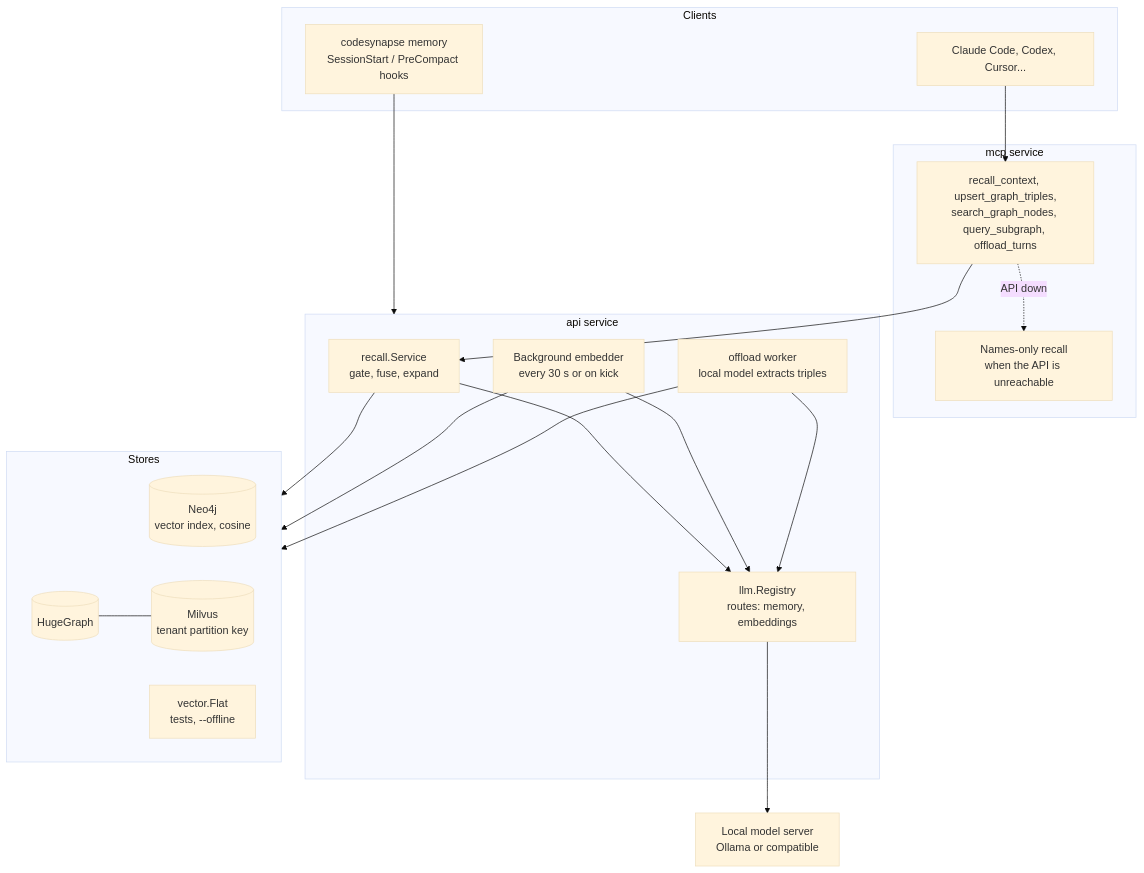
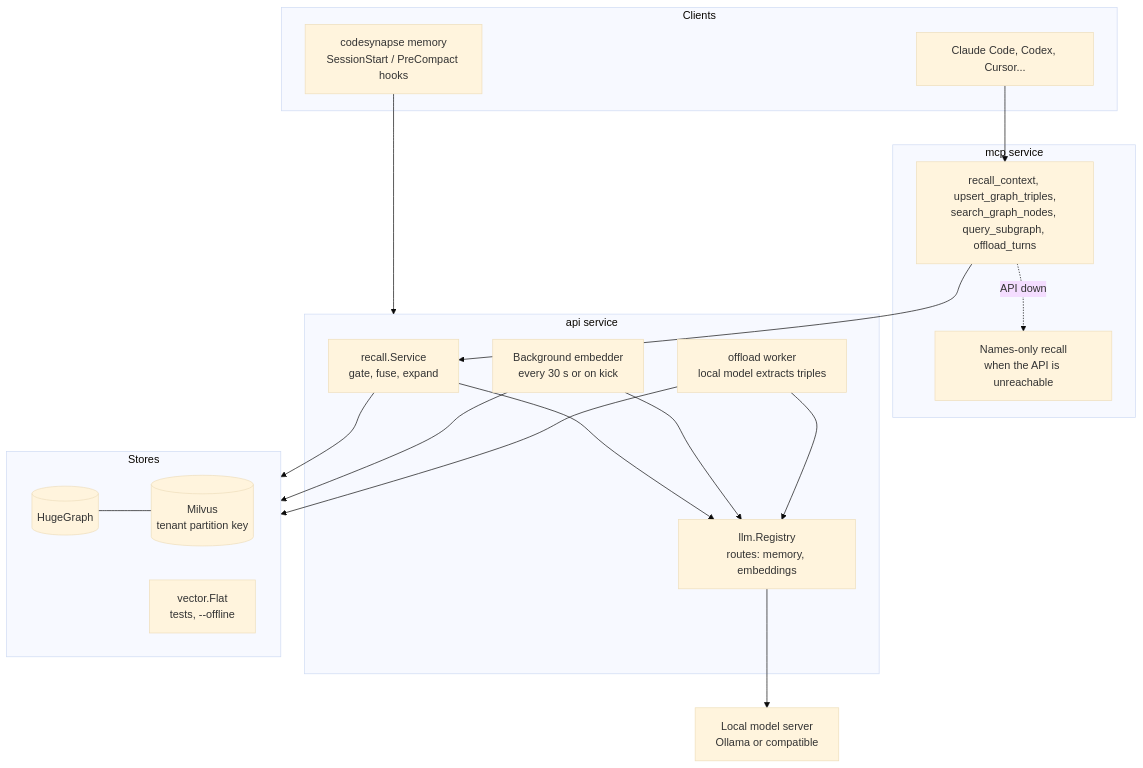
Before and after one commit to astrona-io/codesynapse: the second of 5 diagrams in docs/architecture/retrieval-memory.md, drawn with Mermaid (base theme). The commit also changed other lines of this file and 53 other files, not shown here.

First line of the commit message:
refactor: remove Neo4j; HugeGraph with Milvus is the only graph database

````diff
--- a/docs/architecture/retrieval-memory.md
+++ b/docs/architecture/retrieval-memory.md
@@ -49,37 +49,36 @@
 ```mermaid
 flowchart TB
     subgraph clients[Clients]
         cc[Claude Code, Codex, Cursor...]
         hooks[codesynapse memory<br/>SessionStart / PreCompact hooks]
     end
     subgraph mcp[mcp service]
         tools[recall_context, upsert_graph_triples,<br/>search_graph_nodes, query_subgraph, offload_turns]
         fallback[Names-only recall<br/>when the API is unreachable]
     end
     subgraph api[api service]
         recall[recall.Service<br/>gate, fuse, expand]
         embedder[Background embedder<br/>every 30 s or on kick]
         offload[offload worker<br/>local model extracts triples]
         llm[llm.Registry<br/>routes: memory, embeddings]
     end
     subgraph stores[Stores]
-        neo[(Neo4j<br/>vector index, cosine)]
         hg[(HugeGraph)]
         mv[(Milvus<br/>tenant partition key)]
         flat[vector.Flat<br/>tests, --offline]
     end
     local[Local model server<br/>Ollama or compatible]
 
     cc --> tools
     hooks --> api
     tools --> recall
     tools -. API down .-> fallback
     recall --> llm
     embedder --> llm
     offload --> llm
     llm --> local
     recall --> stores
     embedder --> stores
     offload --> stores
     hg --- mv
 ```
````
